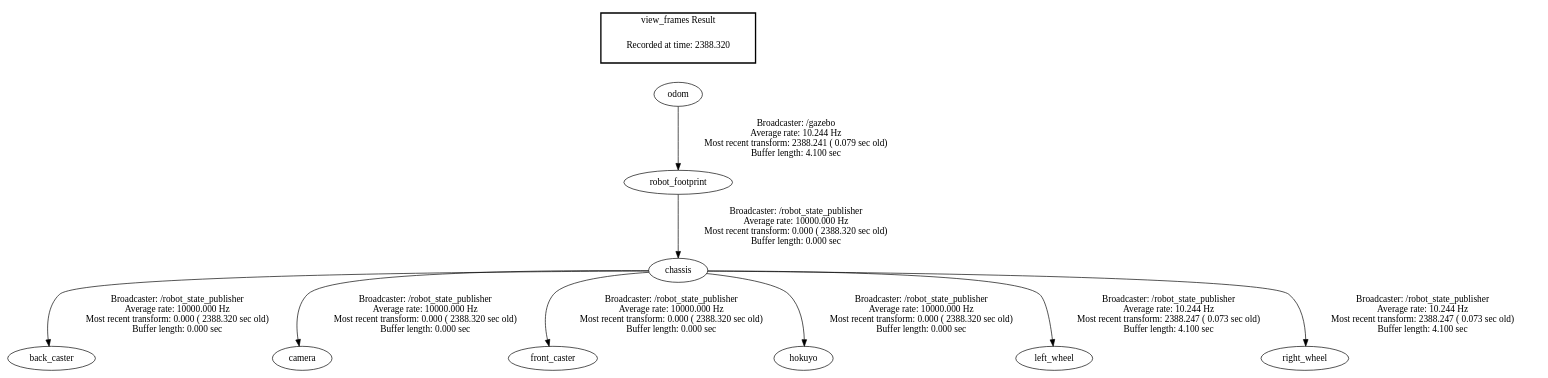
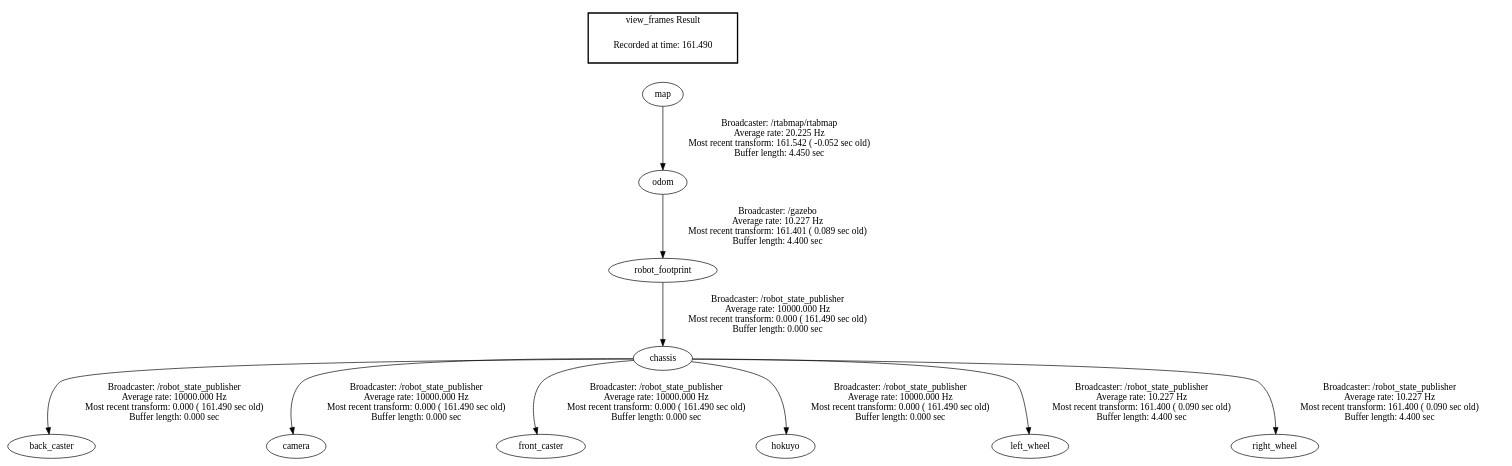
Before and after one commit to SharkyZg/RoboND-SlamProject: the diagram in frames.gv, drawn with Graphviz. The commit also changed 3 other files, not shown here.

```diff
--- a/frames.gv
+++ b/frames.gv
@@ -1,14 +1,15 @@
 digraph G {
-"chassis" -> "back_caster"[label="Broadcaster: /robot_state_publisher\nAverage rate: 10000.000 Hz\nMost recent transform: 0.000 ( 2388.320 sec old)\nBuffer length: 0.000 sec\n"];
-"robot_footprint" -> "chassis"[label="Broadcaster: /robot_state_publisher\nAverage rate: 10000.000 Hz\nMost recent transform: 0.000 ( 2388.320 sec old)\nBuffer length: 0.000 sec\n"];
-"chassis" -> "camera"[label="Broadcaster: /robot_state_publisher\nAverage rate: 10000.000 Hz\nMost recent transform: 0.000 ( 2388.320 sec old)\nBuffer length: 0.000 sec\n"];
-"chassis" -> "front_caster"[label="Broadcaster: /robot_state_publisher\nAverage rate: 10000.000 Hz\nMost recent transform: 0.000 ( 2388.320 sec old)\nBuffer length: 0.000 sec\n"];
-"chassis" -> "hokuyo"[label="Broadcaster: /robot_state_publisher\nAverage rate: 10000.000 Hz\nMost recent transform: 0.000 ( 2388.320 sec old)\nBuffer length: 0.000 sec\n"];
-"odom" -> "robot_footprint"[label="Broadcaster: /gazebo\nAverage rate: 10.244 Hz\nMost recent transform: 2388.241 ( 0.079 sec old)\nBuffer length: 4.100 sec\n"];
-"chassis" -> "left_wheel"[label="Broadcaster: /robot_state_publisher\nAverage rate: 10.244 Hz\nMost recent transform: 2388.247 ( 0.073 sec old)\nBuffer length: 4.100 sec\n"];
-"chassis" -> "right_wheel"[label="Broadcaster: /robot_state_publisher\nAverage rate: 10.244 Hz\nMost recent transform: 2388.247 ( 0.073 sec old)\nBuffer length: 4.100 sec\n"];
+"chassis" -> "back_caster"[label="Broadcaster: /robot_state_publisher\nAverage rate: 10000.000 Hz\nMost recent transform: 0.000 ( 161.490 sec old)\nBuffer length: 0.000 sec\n"];
+"robot_footprint" -> "chassis"[label="Broadcaster: /robot_state_publisher\nAverage rate: 10000.000 Hz\nMost recent transform: 0.000 ( 161.490 sec old)\nBuffer length: 0.000 sec\n"];
+"chassis" -> "camera"[label="Broadcaster: /robot_state_publisher\nAverage rate: 10000.000 Hz\nMost recent transform: 0.000 ( 161.490 sec old)\nBuffer length: 0.000 sec\n"];
+"chassis" -> "front_caster"[label="Broadcaster: /robot_state_publisher\nAverage rate: 10000.000 Hz\nMost recent transform: 0.000 ( 161.490 sec old)\nBuffer length: 0.000 sec\n"];
+"chassis" -> "hokuyo"[label="Broadcaster: /robot_state_publisher\nAverage rate: 10000.000 Hz\nMost recent transform: 0.000 ( 161.490 sec old)\nBuffer length: 0.000 sec\n"];
+"odom" -> "robot_footprint"[label="Broadcaster: /gazebo\nAverage rate: 10.227 Hz\nMost recent transform: 161.401 ( 0.089 sec old)\nBuffer length: 4.400 sec\n"];
+"map" -> "odom"[label="Broadcaster: /rtabmap/rtabmap\nAverage rate: 20.225 Hz\nMost recent transform: 161.542 ( -0.052 sec old)\nBuffer length: 4.450 sec\n"];
+"chassis" -> "left_wheel"[label="Broadcaster: /robot_state_publisher\nAverage rate: 10.227 Hz\nMost recent transform: 161.400 ( 0.090 sec old)\nBuffer length: 4.400 sec\n"];
+"chassis" -> "right_wheel"[label="Broadcaster: /robot_state_publisher\nAverage rate: 10.227 Hz\nMost recent transform: 161.400 ( 0.090 sec old)\nBuffer length: 4.400 sec\n"];
 edge [style=invis];
  subgraph cluster_legend { style=bold; color=black; label ="view_frames Result";
-"Recorded at time: 2388.320"[ shape=plaintext ] ;
- }->"odom";
+"Recorded at time: 161.490"[ shape=plaintext ] ;
+ }->"map";
 }
```
